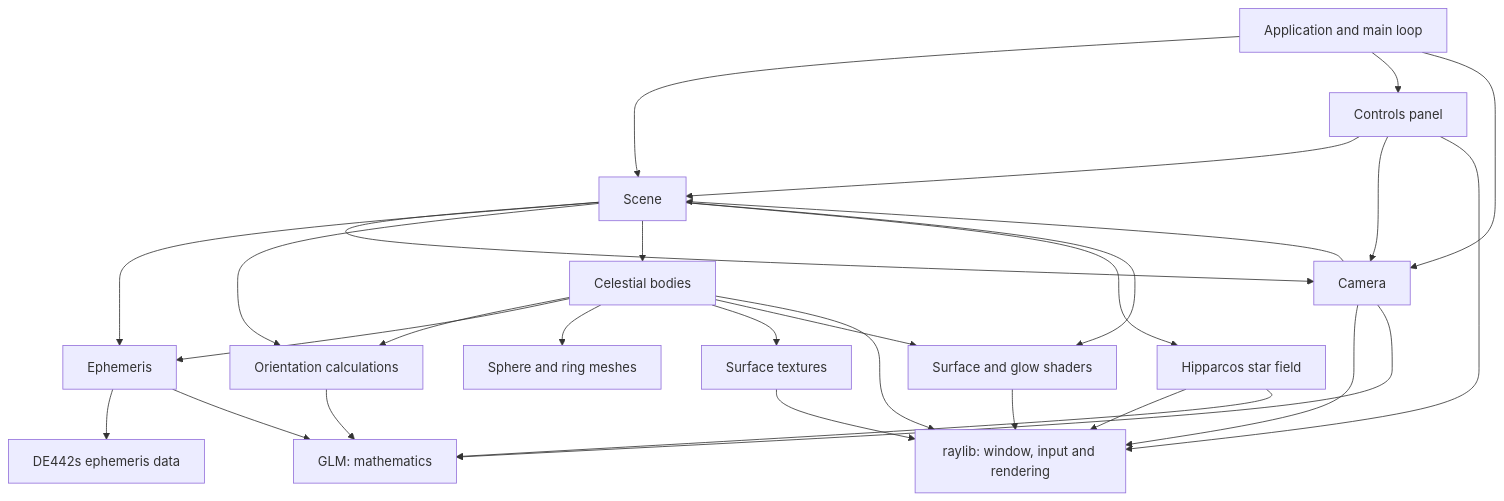
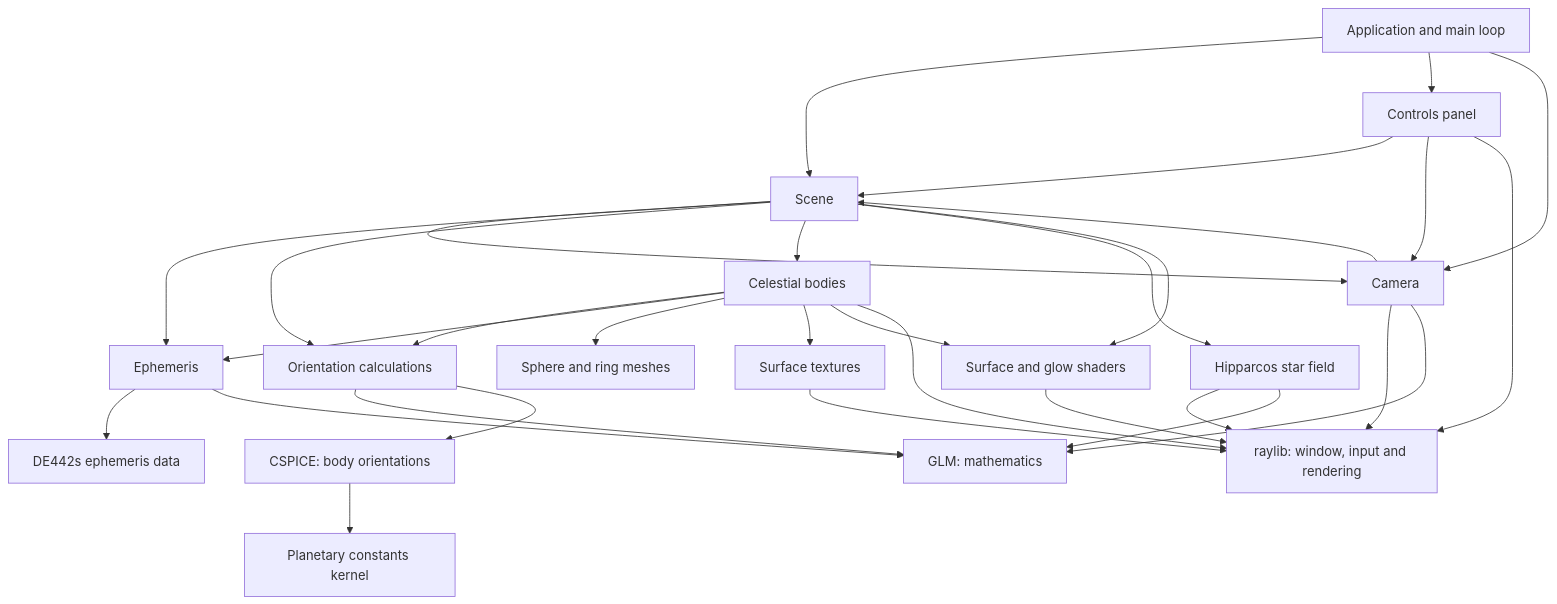
Before and after one commit to jrsteele09/solar-system: the diagram in README.md, drawn with Mermaid. The commit also changed other lines of this file and 18 other files, not shown here.

````diff
--- a/README.md
+++ b/README.md
@@ -74,31 +89,33 @@
 ```mermaid
 flowchart TD
     App[Application and main loop] --> Scene
     App --> Controls[Controls panel]
     App --> Camera
     Controls --> Scene
     Controls --> Camera
     Camera --> Scene
     Scene --> Camera
     Scene --> Ephemeris
     Scene --> Astronomy
     Scene --> Bodies[Celestial bodies]
     Scene --> Stars[Hipparcos star field]
     Scene --> Shaders[Surface and glow shaders]
     Bodies --> Astronomy[Orientation calculations]
     Bodies --> Ephemeris
     Ephemeris --> Data[DE442s ephemeris data]
     Bodies --> Meshes[Sphere and ring meshes]
     Bodies --> Textures[Surface textures]
     Bodies --> Shaders[Surface and glow shaders]
     Bodies --> Raylib
     Stars --> Raylib
     Camera --> Raylib[raylib: window, input and rendering]
     Controls --> Raylib
     Textures --> Raylib
     Shaders --> Raylib
     Ephemeris --> GLM[GLM: mathematics]
     Astronomy --> GLM[GLM: mathematics]
+    Astronomy --> CSPICE[CSPICE: body orientations]
+    CSPICE --> PCK[Planetary constants kernel]
     Camera --> GLM
     Stars --> GLM
 ```
````
